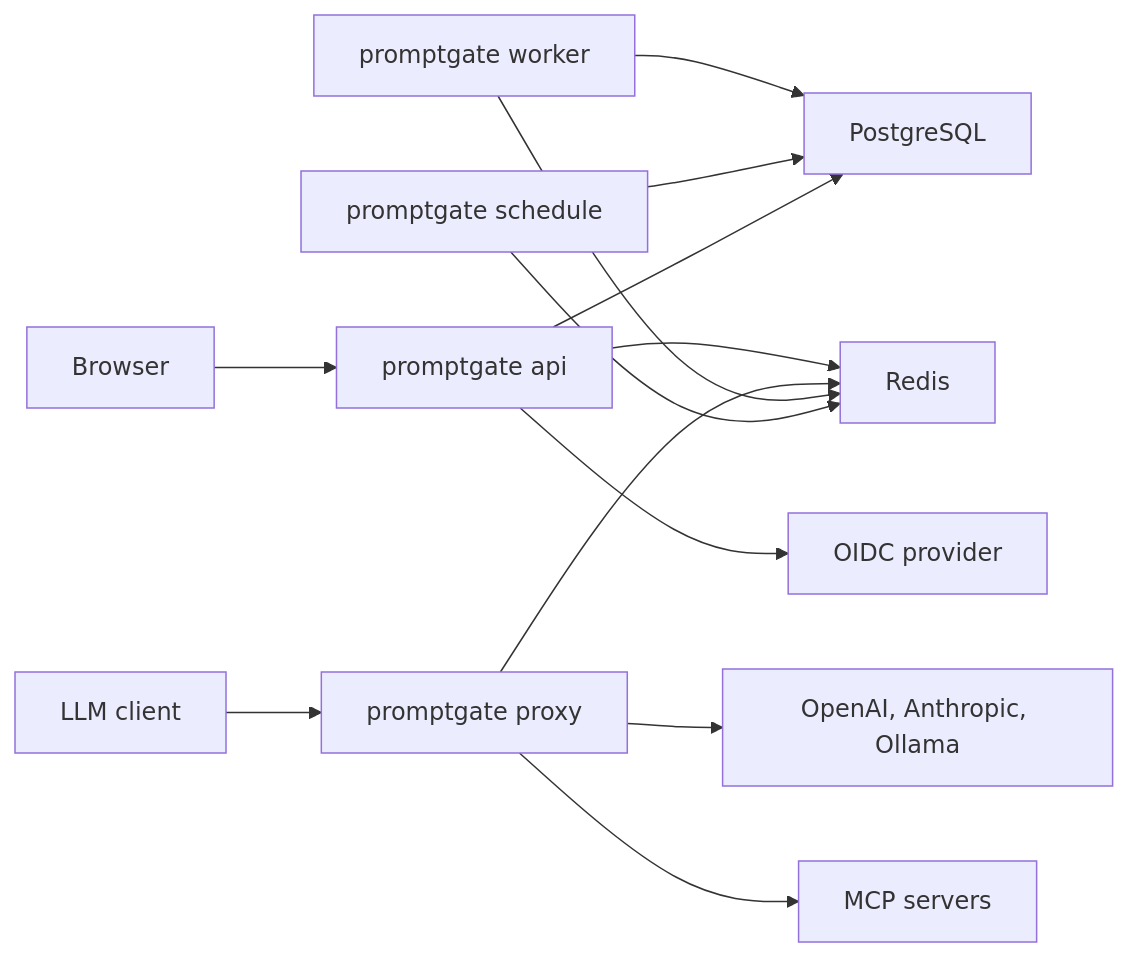
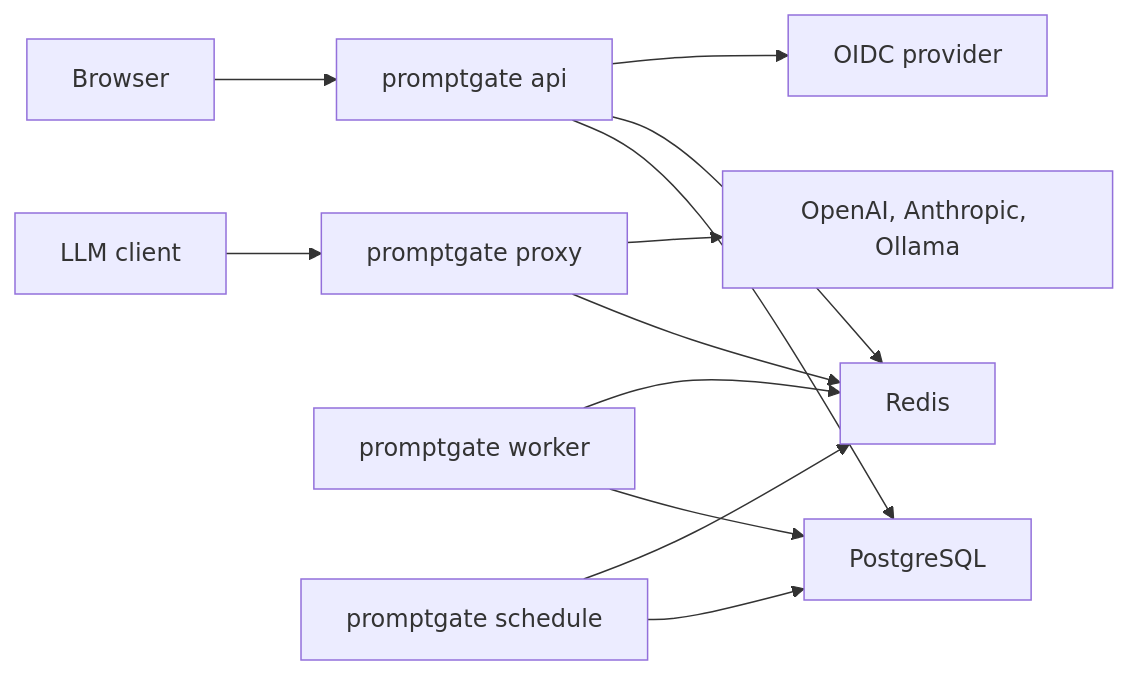
Before and after one commit to thomas-illiet/prompt-gate: the diagram in README.md, drawn with Mermaid. The commit also changed other lines of this file and 40 other files, not shown here.

````diff
--- a/README.md
+++ b/README.md
@@ -100,15 +100,14 @@
 ```mermaid
 flowchart LR
     Browser["Browser"] --> API["promptgate api"]
     Client["LLM client"] --> Proxy["promptgate proxy"]
     Worker["promptgate worker"] --> Postgres["PostgreSQL"]
     Schedule["promptgate schedule"] --> Postgres["PostgreSQL"]
     API --> Postgres
     API --> Redis["Redis"]
     Proxy --> Redis
     Worker --> Redis
     Schedule --> Redis
     API --> OIDC["OIDC provider"]
     Proxy --> Providers["OpenAI, Anthropic, Ollama"]
-    Proxy --> MCP["MCP servers"]
 ```
````
